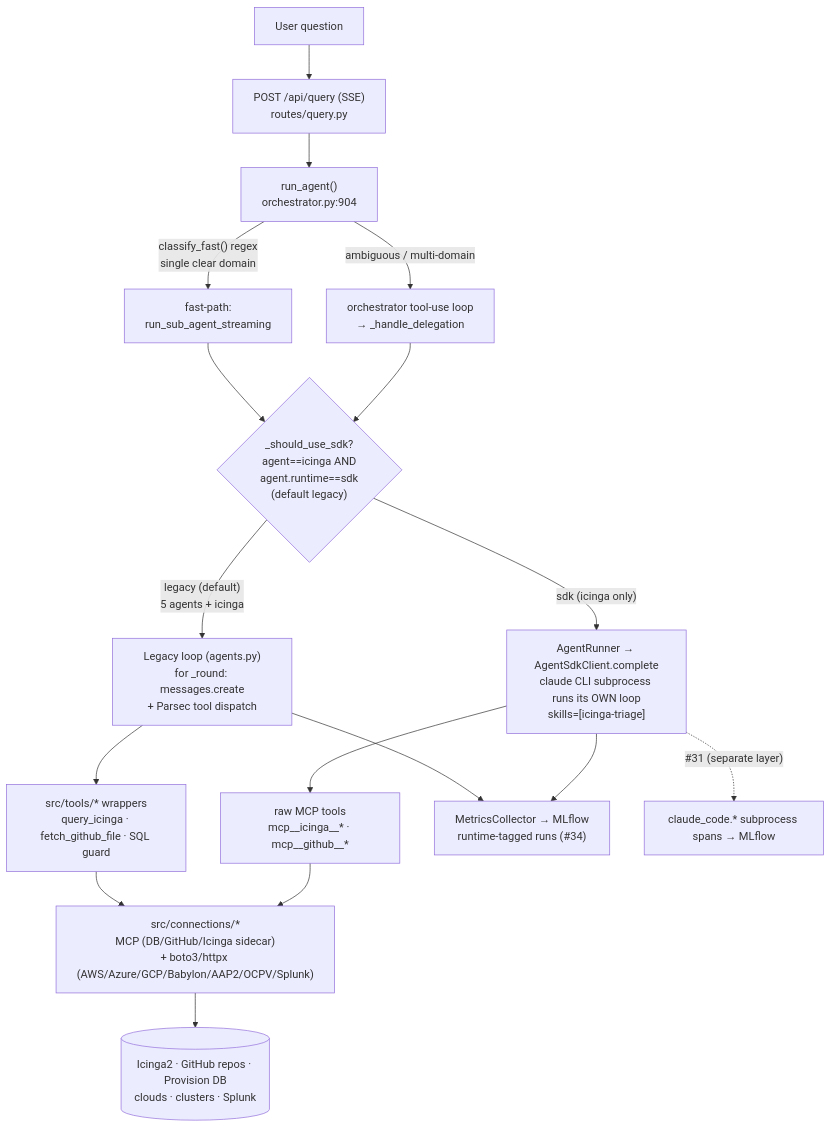
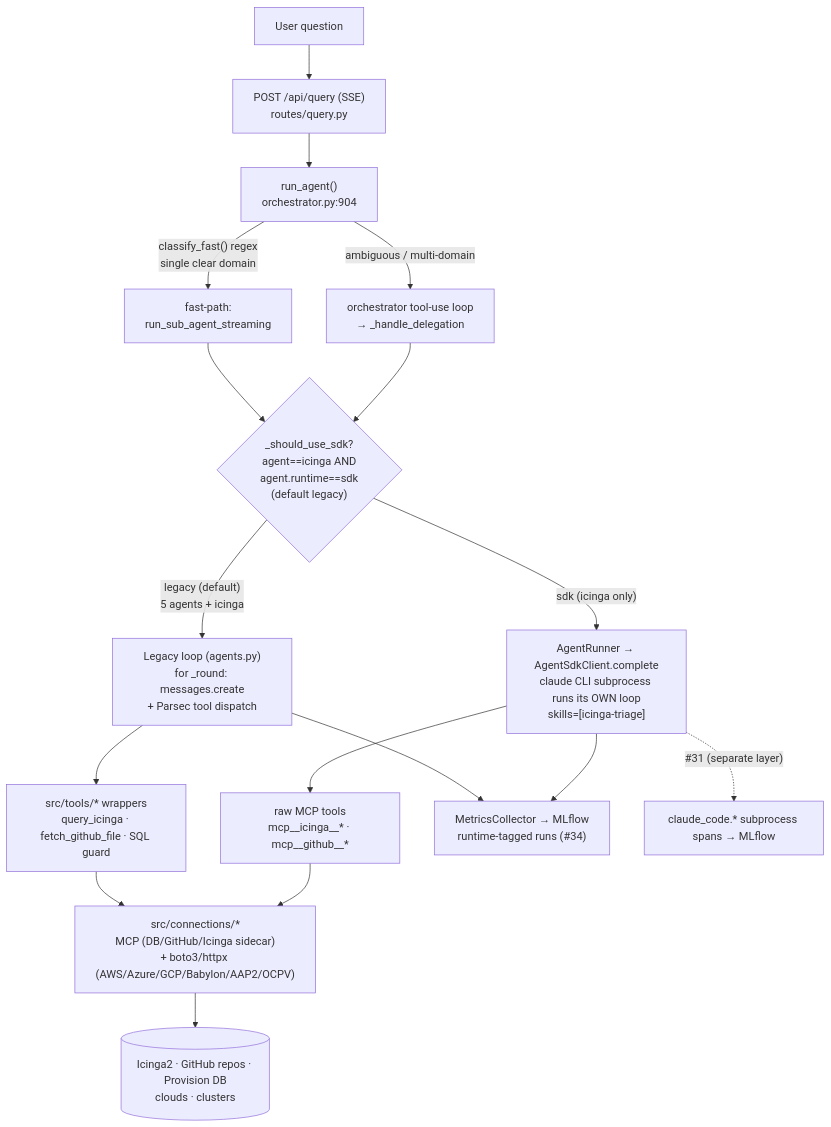
One commit to rhpds/parsec changed the diagram in docs/agent-sdk-migration.md. Above: the diagram before and after it, drawn with Mermaid. The commit also changed other lines of this file and 22 other files, not shown here.

````diff
--- a/docs/agent-sdk-migration.md
+++ b/docs/agent-sdk-migration.md
@@ -53,20 +53,20 @@
 ```mermaid
 flowchart TD
     U["User question"] --> Q["POST /api/query (SSE)<br/>routes/query.py"]
     Q --> RA["run_agent()<br/>orchestrator.py:904"]
     RA -->|"classify_fast() regex<br/>single clear domain"| FAST["fast-path:<br/>run_sub_agent_streaming"]
     RA -->|"ambiguous / multi-domain"| ORCH["orchestrator tool-use loop<br/>→ _handle_delegation"]
     FAST --> SEAM
     ORCH --> SEAM
     SEAM{"_should_use_sdk?<br/>agent==icinga AND<br/>agent.runtime==sdk<br/>(default legacy)"}
     SEAM -->|"legacy (default)<br/>5 agents + icinga"| LEG["Legacy loop (agents.py)<br/>for _round: messages.create<br/>+ Parsec tool dispatch"]
     SEAM -->|"sdk (icinga only)"| SDK["AgentRunner → AgentSdkClient.complete<br/>claude CLI subprocess runs its OWN loop<br/>skills=[icinga-triage]"]
     LEG --> TOOLS["src/tools/* wrappers<br/>query_icinga · fetch_github_file · SQL guard"]
     SDK --> MCPRAW["raw MCP tools<br/>mcp__icinga__* · mcp__github__*"]
-    TOOLS --> CONN["src/connections/*<br/>MCP (DB/GitHub/Icinga sidecar)<br/>+ boto3/httpx (AWS/Azure/GCP/Babylon/AAP2/OCPV/Splunk)"]
+    TOOLS --> CONN["src/connections/*<br/>MCP (DB/GitHub/Icinga sidecar)<br/>+ boto3/httpx (AWS/Azure/GCP/Babylon/AAP2/OCPV)"]
     MCPRAW --> CONN
-    CONN --> SVC[("Icinga2 · GitHub repos · Provision DB<br/>clouds · clusters · Splunk")]
+    CONN --> SVC[("Icinga2 · GitHub repos · Provision DB<br/>clouds · clusters")]
     LEG --> MET["MetricsCollector → MLflow<br/>runtime-tagged runs (#34)"]
     SDK --> MET
     SDK -.->|"#31 (separate layer)"| TRACE["claude_code.* subprocess spans → MLflow"]
 ```
````
